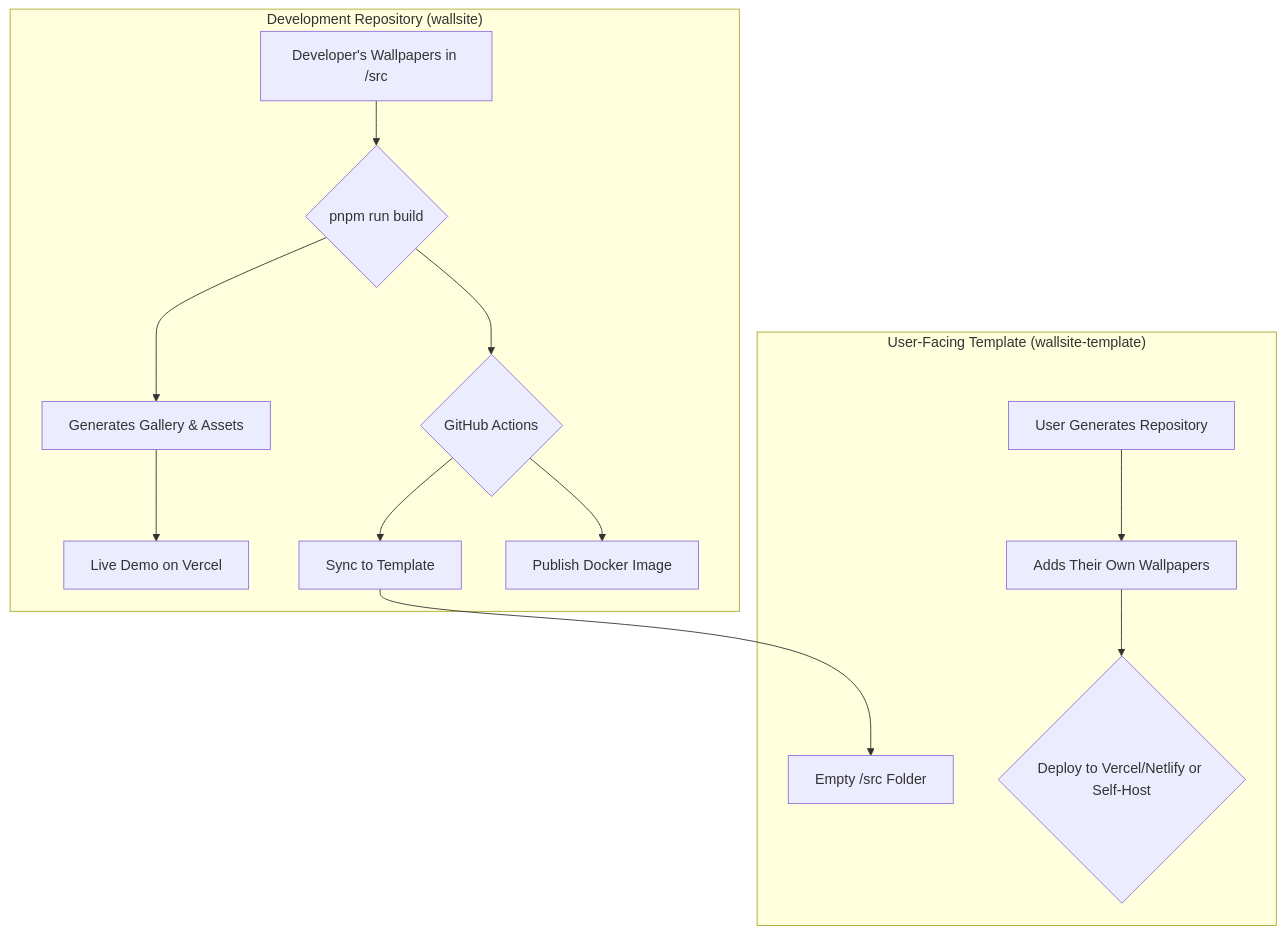
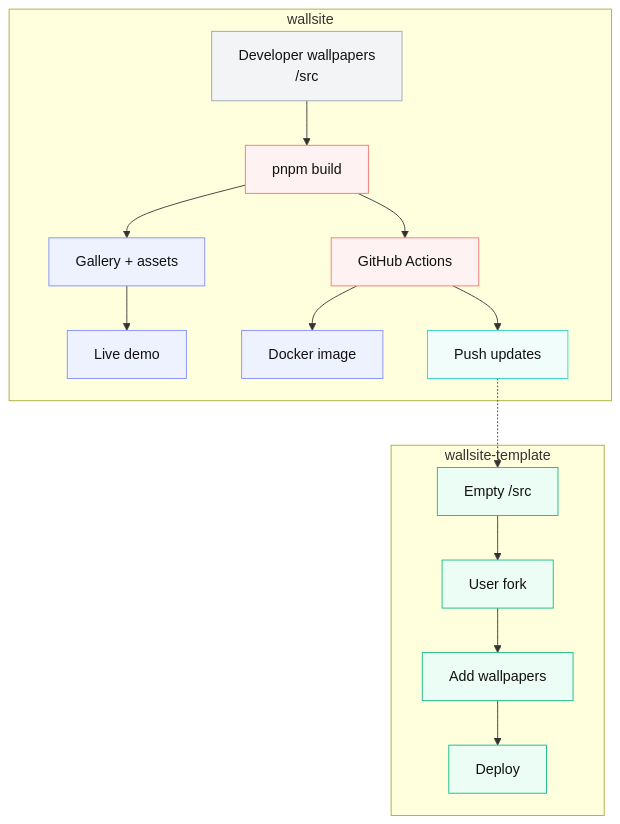
Before and after one commit to Rishabh5321/wallsite: the diagram in readme.md, drawn with Mermaid.

Commit message:
docs: improve architecture diagram in readme
Updates the diagram to use light-mode friendly colors and
adds labels for better clarity.

````diff
--- a/readme.md
+++ b/readme.md
@@ -16,20 +16,33 @@
 ```mermaid
+%% GitHub-README friendly, light-mode colors
+%% -------------------------------
 graph TD
-    subgraph "Development Repository (wallsite)"
-        A[Developer's Wallpapers in /src] --> B{pnpm run build};
-        B --> C[Generates Gallery & Assets];
-        C --> D[Live Demo on Vercel];
-        B --> E{GitHub Actions};
-        E --> F[Sync to Template];
-        E --> G[Publish Docker Image];
+    classDef repo   fill:#f3f4f6,stroke:#9ca3af,color:#111
+    classDef user   fill:#ecfdf5,stroke:#10b981,color:#111
+    classDef action fill:#fef2f2,stroke:#f87171,color:#111
+    classDef output fill:#eef2ff,stroke:#818cf8,color:#111
+    classDef sync   fill:#f0fdfa,stroke:#2dd4bf,color:#111
+
+    subgraph wallsite
+        A[Developer wallpapers<br>/src]:::repo
+        B[pnpm build]:::action
+        C[Gallery + assets]:::output
+        D[Live demo]:::output
+        E[GitHub Actions]:::action
+        F[Docker image]:::output
+        G[Push updates]:::sync
+        A --> B --> C --> D
+        B --> E --> F
+        E --> G
     end
 
-    subgraph "User-Facing Template (wallsite-template)"
-        H[Empty /src Folder];
-        I[User Generates Repository];
-        I --> J[Adds Their Own Wallpapers];
-        J --> K{Deploy to Vercel/Netlify or Self-Host};
+    subgraph wallsite-template
+        H[Empty /src]:::user
+        I[User fork]:::user
+        J[Add wallpapers]:::user
+        K[Deploy]:::user
+        H --> I --> J --> K
     end
 
-    F --> H;
+    G -.-> H
 ```
````
